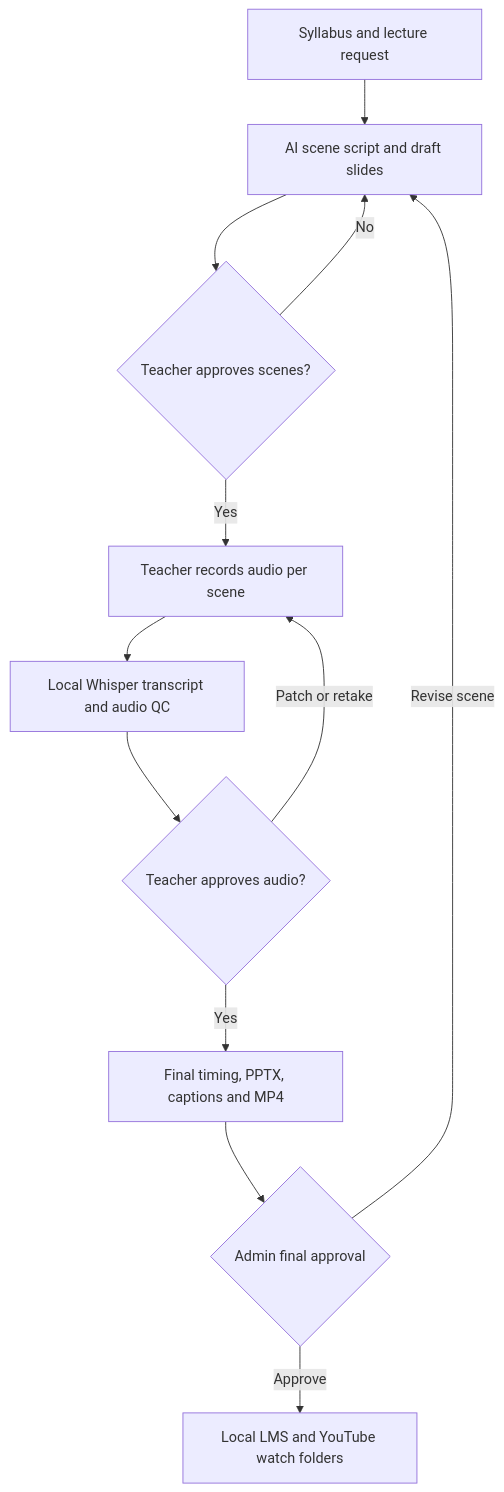
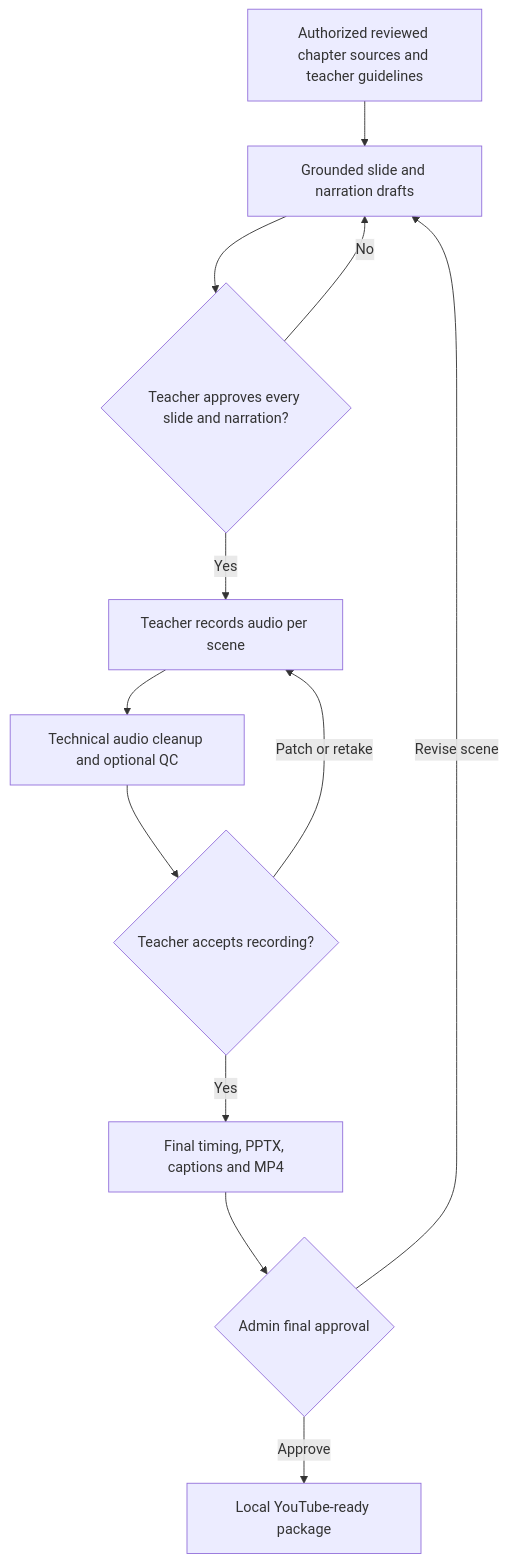
One commit to Unique-Group-of-Institution/ai-lecture-system changed the diagram in docs/ARCHITECTURE.md. Above: the diagram before and after it, drawn with Mermaid. The commit also changed other lines of this file and 16 other files, not shown here.

Commit message:
Build source-grounded slide generation

````diff
--- a/docs/ARCHITECTURE.md
+++ b/docs/ARCHITECTURE.md
@@ -5,14 +5,14 @@
 ```mermaid
 flowchart TD
-    A["Syllabus and lecture request"] --> B["AI scene script and draft slides"]
-    B --> C{"Teacher approves scenes?"}
+    A["Authorized reviewed chapter sources and teacher guidelines"] --> B["Grounded slide and narration drafts"]
+    B --> C{"Teacher approves every slide and narration?"}
     C -- No --> B
     C -- Yes --> D["Teacher records audio per scene"]
-    D --> E["Local Whisper transcript and audio QC"]
-    E --> F{"Teacher approves audio?"}
+    D --> E["Technical audio cleanup and optional QC"]
+    E --> F{"Teacher accepts recording?"}
     F -- Patch or retake --> D
     F -- Yes --> G["Final timing, PPTX, captions and MP4"]
     G --> H{"Admin final approval"}
     H -- Revise scene --> B
-    H -- Approve --> I["Local LMS and YouTube watch folders"]
+    H -- Approve --> I["Local YouTube-ready package"]
 ```
````
